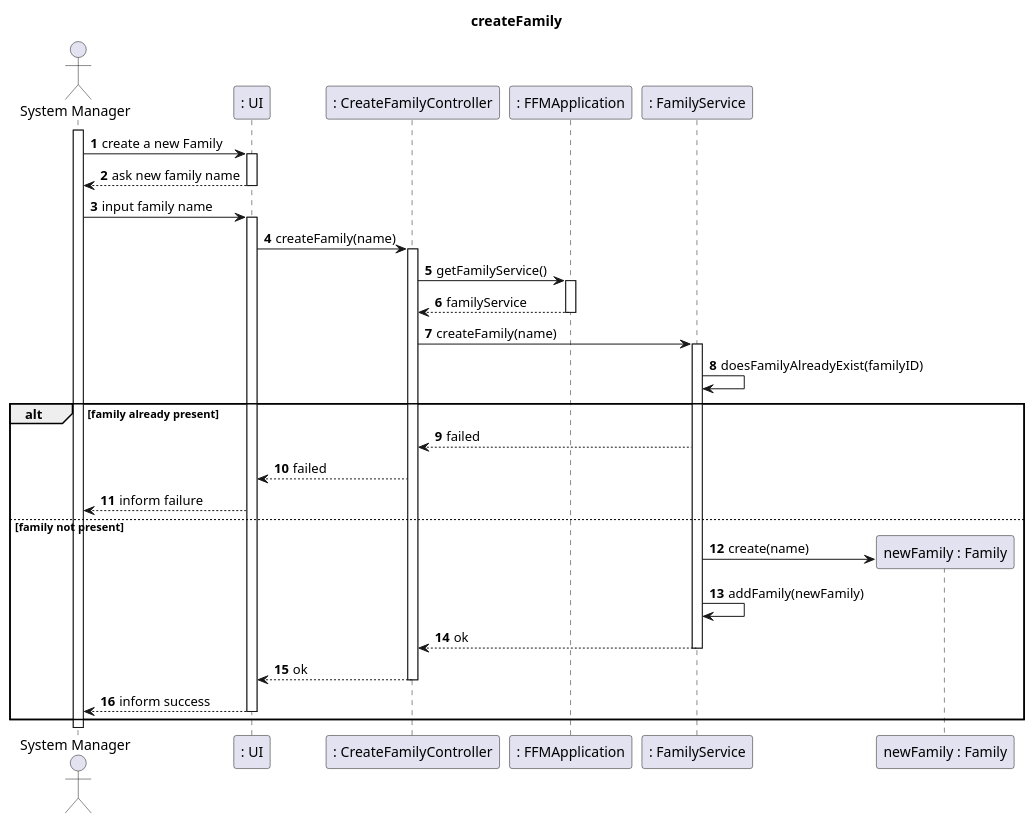
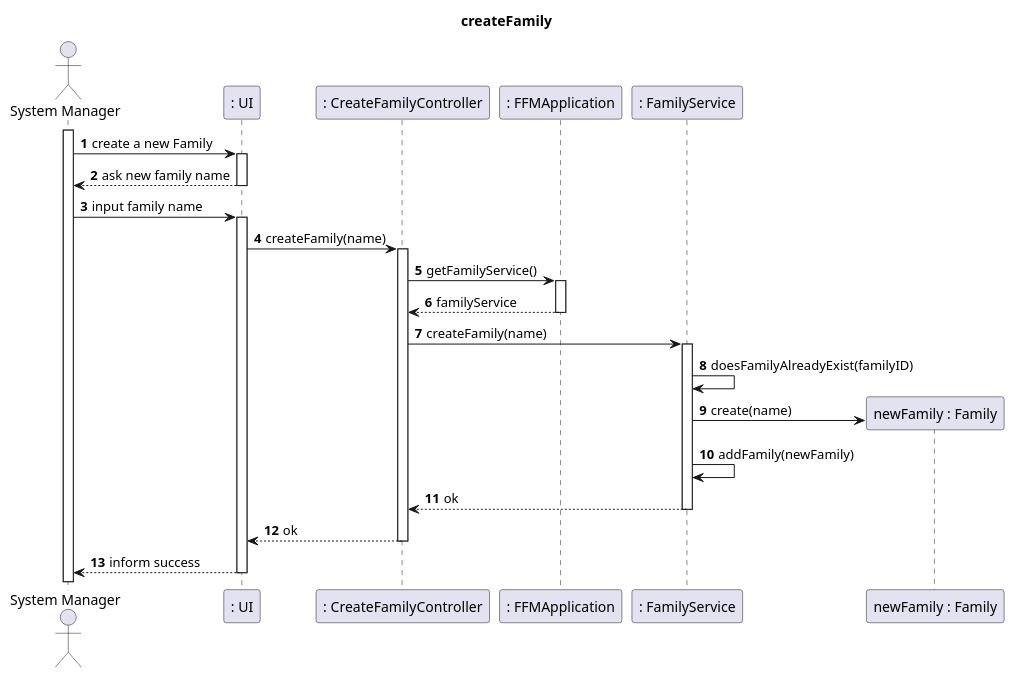
Before and after one commit to tomas-osswald/switch_2020_g3: the first of 2 diagrams in docs/sprint1/user_stories/US010_AddFamily.md, drawn with PlantUML.

Commit message:
correction to US010_AddFamily.md

`````diff
--- a/docs/sprint1/user_stories/US010_AddFamily.md
+++ b/docs/sprint1/user_stories/US010_AddFamily.md
@@ -34,46 +34,41 @@
 ````puml
 @startuml
 autonumber
 title createFamily
 actor "System Manager" as systemManager
 participant ": UI" as UI
 participant ": CreateFamilyController" as controller
 participant ": FFMApplication" as application
 participant ": FamilyService" as famServ
 participant "newFamily : Family" as family
 
 activate systemManager
 systemManager -> UI: create a new Family
 activate UI
 UI --> systemManager: ask new family name
 deactivate UI
 systemManager -> UI: input family name
 activate UI
 UI -> controller: createFamily(name)
 activate controller
 controller -> application: getFamilyService()
 activate application
 application --> controller: familyService
 deactivate application
 controller -> famServ: createFamily(name)
 activate famServ
 famServ -> famServ: doesFamilyAlreadyExist(familyID)
 
-alt family already present
-famServ --> controller: failed
-controller --> UI: failed
-UI --> systemManager: inform failure
 
-else family not present
 famServ -> family**: create(name)
 famServ -> famServ: addFamily(newFamily)
 famServ --> controller: ok
 deactivate famServ
 controller --> UI: ok
 deactivate controller
 UI --> systemManager: inform success
 deactivate UI
 
-end
+
 @enduml
 ````
`````
